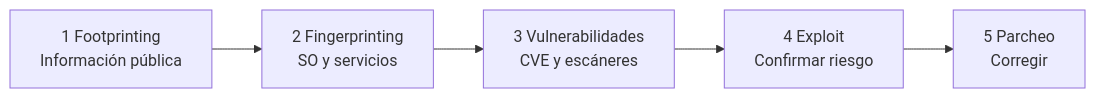
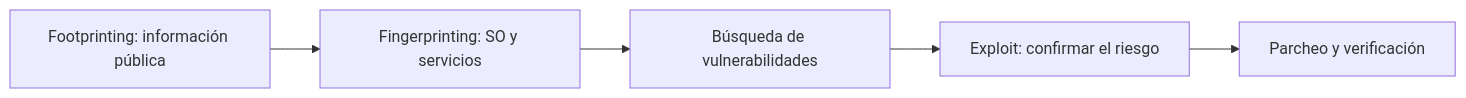
One commit to martalopezron92/2026-2SMR-SEGINF-Material changed the sixth of 10 diagrams in materiales/diapositivas/UD01_diapositivas.md. Above: the diagram before and after it, drawn with Mermaid. The commit also changed other lines of this file, not shown here.

````diff
--- a/materiales/diapositivas/UD01_diapositivas.md
+++ b/materiales/diapositivas/UD01_diapositivas.md
@@ -301,7 +223,7 @@
 ```mermaid
 flowchart LR
-    F1[1 Footprinting\nInformación pública] --> F2[2 Fingerprinting\nSO y servicios]
-    F2 --> F3[3 Vulnerabilidades\nCVE y escáneres]
-    F3 --> F4[4 Exploit\nConfirmar riesgo]
-    F4 --> F5[5 Parcheo\nCorregir]
+ A[Footprinting: información pública] --> B[Fingerprinting: SO y servicios]
+ B --> C[Búsqueda de vulnerabilidades]
+ C --> D[Exploit: confirmar el riesgo]
+ D --> E[Parcheo y verificación]
 ```
````
